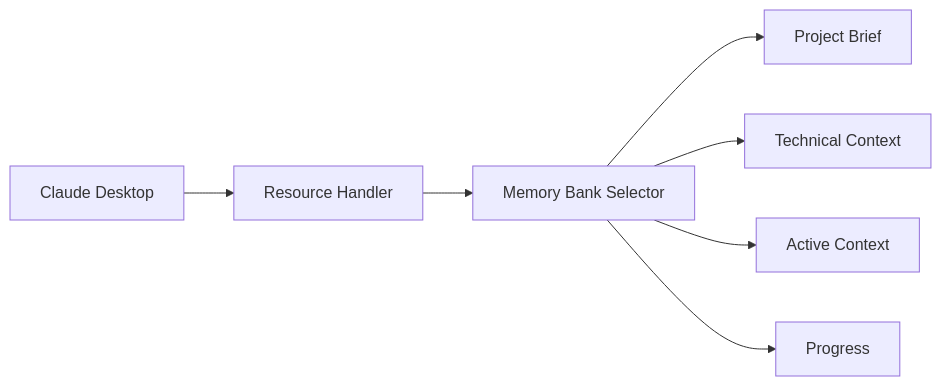
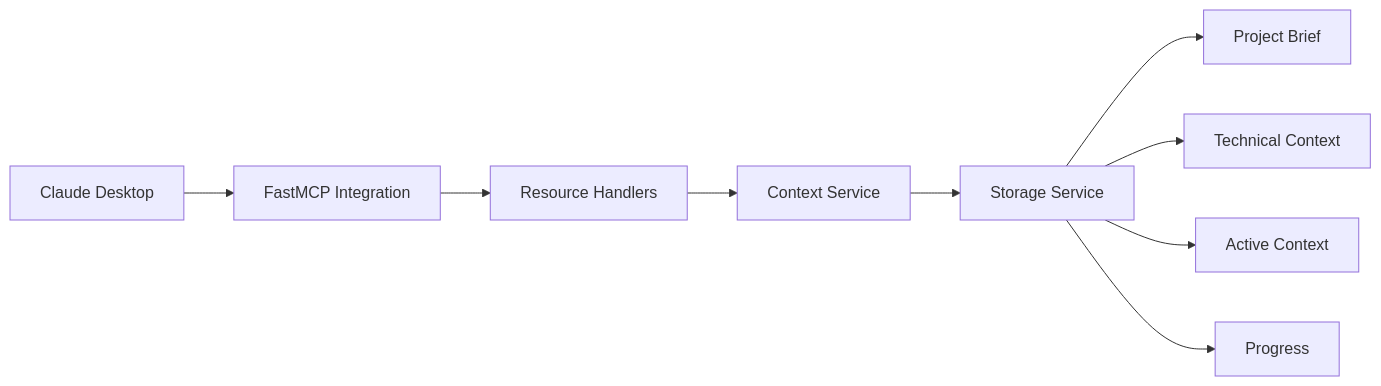
Before and after one commit to philippe-guerit/claude-desktop-memory-bank: the second of 9 diagrams in doc/mcp-design.md, drawn with Mermaid. The commit also changed other lines of this file and 49 other files, not shown here.

Commit message:
major architecture refactor - untested

````diff
--- a/doc/mcp-design.md
+++ b/doc/mcp-design.md
@@ -52,9 +65,11 @@
 ```mermaid
 flowchart LR
-    Claude[Claude Desktop] --> RH[Resource Handler]
-    RH --> MBS[Memory Bank Selector]
-    MBS --> PB[Project Brief]
-    MBS --> TC[Technical Context]
-    MBS --> AC[Active Context]
-    MBS --> P[Progress]
+    Claude[Claude Desktop] --> FastMCP[FastMCP Integration]
+    FastMCP --> Resources[Resource Handlers]
+    Resources --> ContextSvc[Context Service]
+    ContextSvc --> StorageSvc[Storage Service]
+    StorageSvc --> PB[Project Brief]
+    StorageSvc --> TC[Technical Context]
+    StorageSvc --> AC[Active Context]
+    StorageSvc --> P[Progress]
 ```
````
